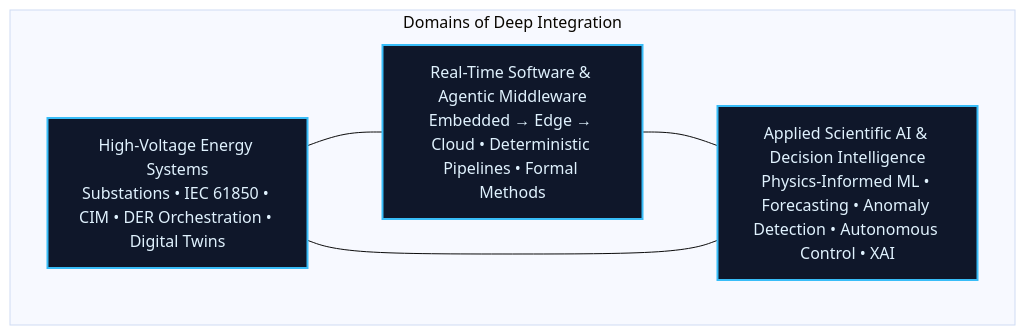
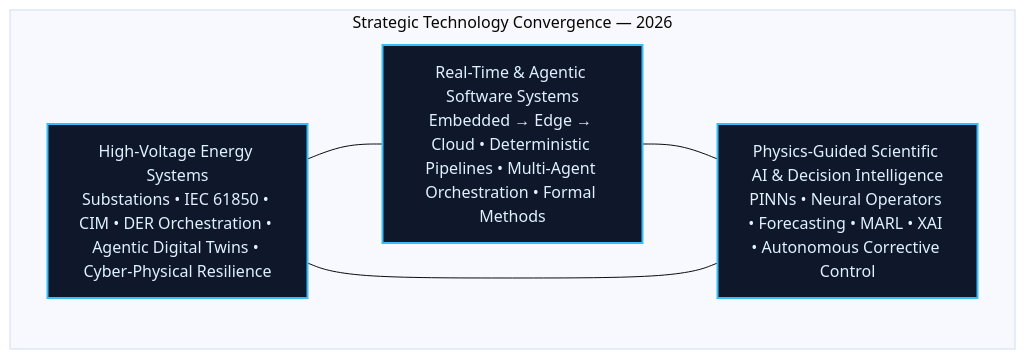
The diagram in README.md (iceccarelli/iceccarelli), drawn with Mermaid (base theme) before and after one commit. The commit also changed other lines of this file, not shown here.

````diff
--- a/README.md
+++ b/README.md
@@ -80,14 +78,14 @@
 ```mermaid
 graph TD
-    subgraph "Domains of Deep Integration"
-        A[High-Voltage Energy Systems<br/>Substations • IEC 61850 • CIM • DER Orchestration • Digital Twins]
-        B[Real-Time Software & Agentic Middleware<br/>Embedded → Edge → Cloud • Deterministic Pipelines • Formal Methods]
-        C[Applied Scientific AI & Decision Intelligence<br/>Physics-Informed ML • Forecasting • Anomaly Detection • Autonomous Control • XAI]
+    subgraph "Strategic Technology Convergence — 2026"
+        A[High-Voltage Energy Systems<br/>Substations • IEC 61850 • CIM • DER Orchestration • Agentic Digital Twins • Cyber-Physical Resilience]
+        B[Real-Time & Agentic Software Systems<br/>Embedded → Edge → Cloud • Deterministic Pipelines • Multi-Agent Orchestration • Formal Methods]
+        C[Physics-Guided Scientific AI & Decision Intelligence<br/>PINNs • Neural Operators • Forecasting • MARL • XAI • Autonomous Corrective Control]
     end
     A --- B
     B --- C
     A --- C
     style A fill:#0f172a,stroke:#38bdf8,stroke-width:2px,color:#e0f2fe
     style B fill:#0f172a,stroke:#38bdf8,stroke-width:2px,color:#e0f2fe
     style C fill:#0f172a,stroke:#38bdf8,stroke-width:2px,color:#e0f2fe
 ```
````
